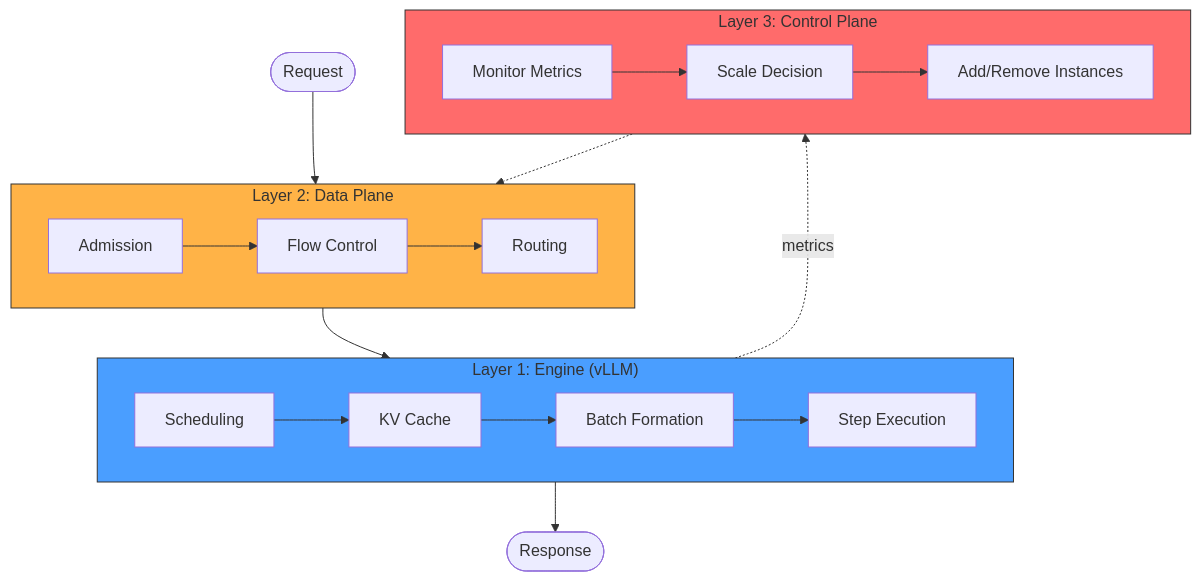
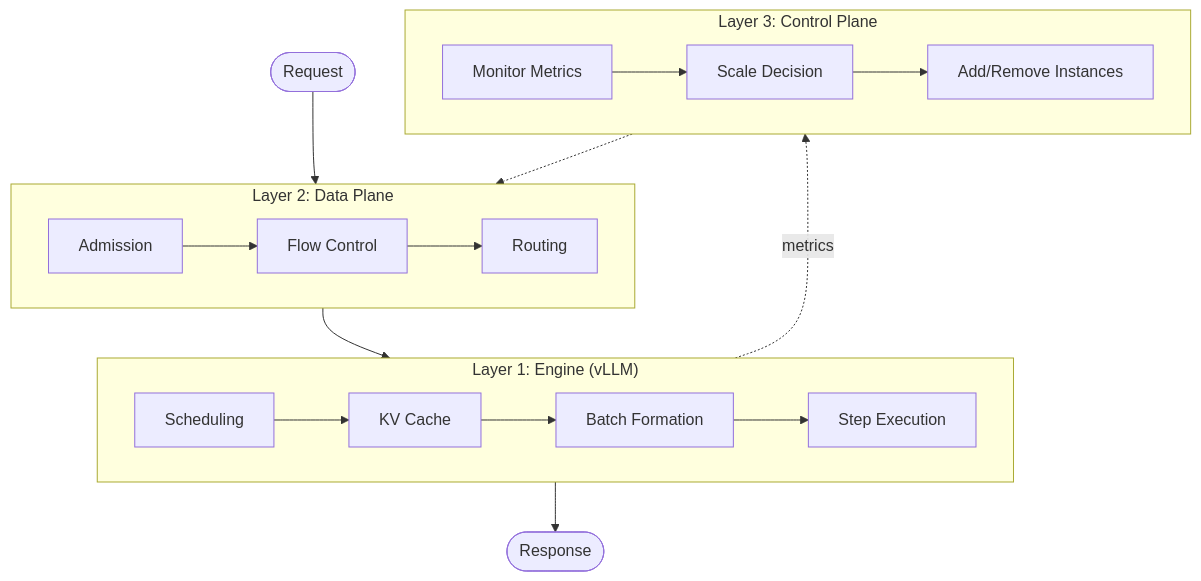
The diagram in docs/blog/posts/building-trust-physics-of-simulation.md (inference-sim/inference-sim), drawn with Mermaid before and after one commit.

Commit message:
fix(blog): remove all mermaid style directives, let MkDocs Material handle theming

````diff
--- a/docs/blog/posts/building-trust-physics-of-simulation.md
+++ b/docs/blog/posts/building-trust-physics-of-simulation.md
@@ -39,34 +39,30 @@
 ```mermaid
 flowchart TB
     subgraph Layer1["Layer 1: Engine (vLLM)"]
         Sched[Scheduling]
         KV[KV Cache]
         Batch[Batch Formation]
         Step[Step Execution]
         Sched --> KV --> Batch --> Step
     end
 
     subgraph Layer2["Layer 2: Data Plane"]
         Admit[Admission]
         Route[Routing]
         Flow[Flow Control]
         Admit --> Flow --> Route
     end
 
     subgraph Layer3["Layer 3: Control Plane"]
         Monitor[Monitor Metrics]
         Decide[Scale Decision]
         Actuate[Add/Remove Instances]
         Monitor --> Decide --> Actuate
     end
 
     Request([Request]) --> Layer2
     Layer2 --> Layer1
     Layer1 --> Response([Response])
     Layer3 -.-> Layer2
     Layer1 -.->|metrics| Layer3
-
-    style Layer1 fill:#4a9eff,stroke:#333
-    style Layer2 fill:#ffb347,stroke:#333
-    style Layer3 fill:#ff6b6b,stroke:#333
 ```
````
